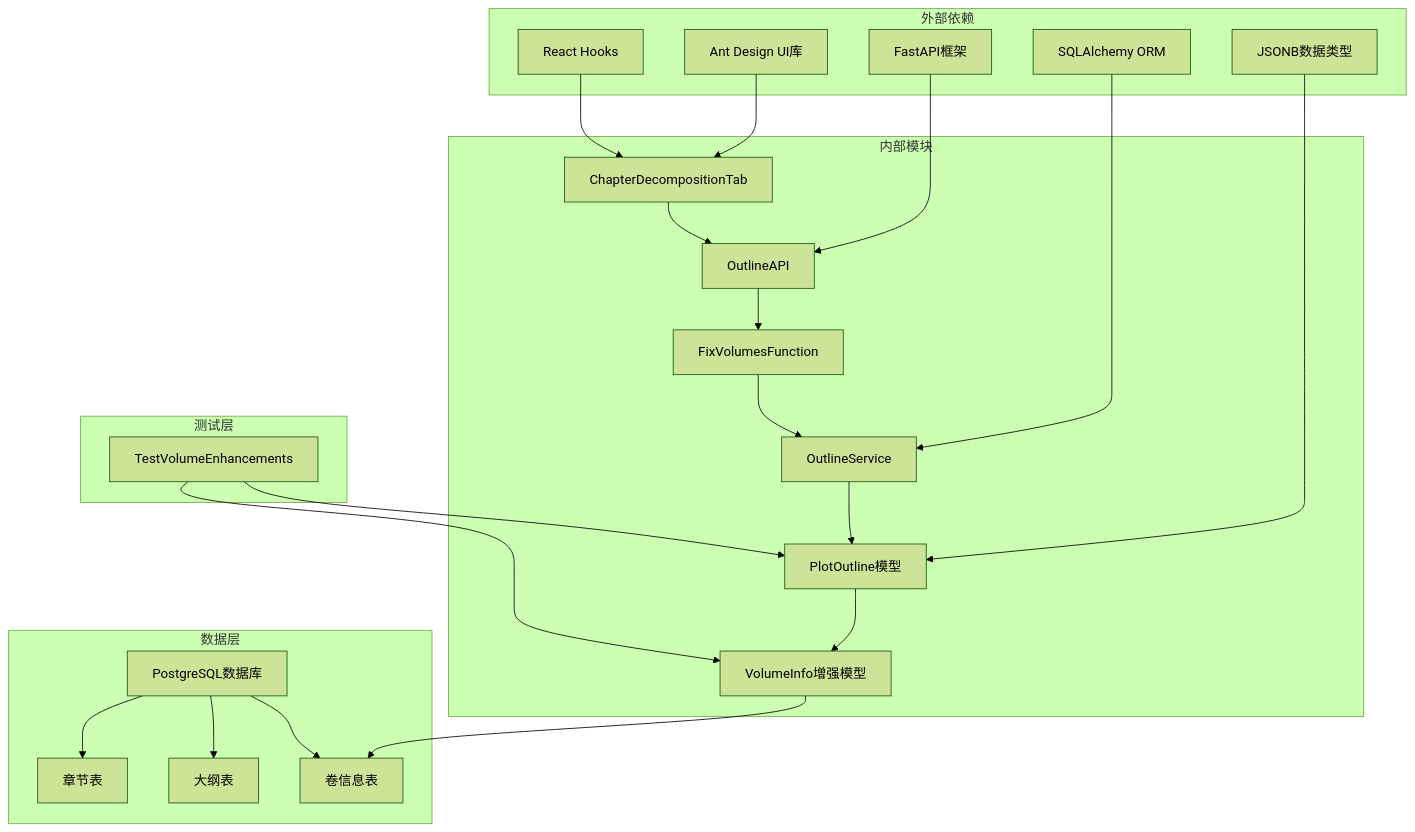
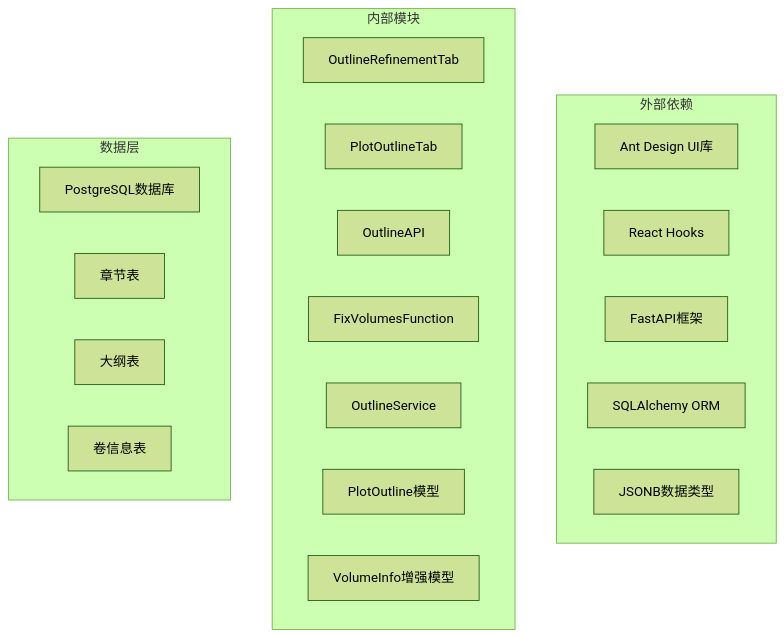
Before and after one commit to xfbyxq/ai-novel-system: the sixth of 6 diagrams in .qoder/repowiki/zh/content/Chapter Decomposition Tab.md, drawn with Mermaid (forest theme). The commit also changed other lines of this file and 28 other files, not shown here.

````diff
--- a/.qoder/repowiki/zh/content/Chapter Decomposition Tab.md
+++ b/.qoder/repowiki/zh/content/Chapter Decomposition Tab.md
@@ -485,43 +345,25 @@
 ```mermaid
 graph TB
 subgraph "外部依赖"
 A[Ant Design UI库]
 B[React Hooks]
 C[FastAPI框架]
 D[SQLAlchemy ORM]
 E[JSONB数据类型]
 end
 subgraph "内部模块"
-F[ChapterDecompositionTab]
-G[OutlineAPI]
-H[FixVolumesFunction]
-I[OutlineService]
-J[PlotOutline模型]
-K[VolumeInfo增强模型]
+F[OutlineRefinementTab]
+G[PlotOutlineTab]
+H[OutlineAPI]
+I[FixVolumesFunction]
+J[OutlineService]
+K[PlotOutline模型]
+L[VolumeInfo增强模型]
 end
 subgraph "数据层"
-L[PostgreSQL数据库]
-M[章节表]
-N[大纲表]
-O[卷信息表]
+M[PostgreSQL数据库]
+N[章节表]
+O[大纲表]
+P[卷信息表]
 end
-subgraph "测试层"
-P[TestVolumeEnhancements]
-end
-A --> F
-B --> F
-C --> G
-D --> I
-E --> J
-F --> G
-G --> H
-H --> I
-I --> J
-J --> K
-K --> O
-L --> M
-L --> N
-L --> O
-P --> J
-P --> K
 ```
````
